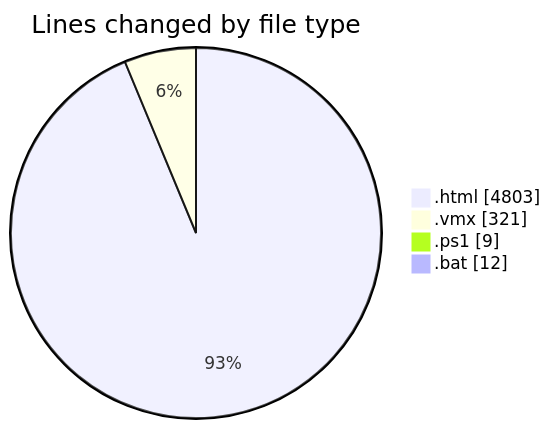
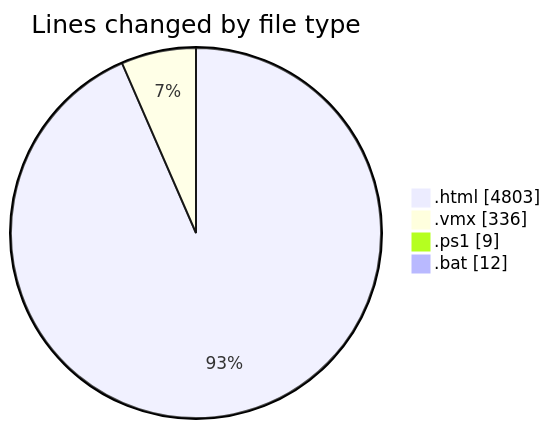
One commit to shibass792/code-tracking changed the first of 2 diagrams in 2026-07-13/untitled__workspace_/README.md. Above: the diagram before and after it, drawn with Mermaid. The commit also changed other lines of this file and 1 other file, not shown here.

````diff
--- a/2026-07-13/untitled__workspace_/README.md
+++ b/2026-07-13/untitled__workspace_/README.md
@@ -24,8 +24,8 @@
 ```mermaid
 pie showData
 title Lines changed by file type
 ".html" : 4803
-".vmx" : 321
+".vmx" : 336
 ".ps1" : 9
 ".bat" : 12
 ```
````
